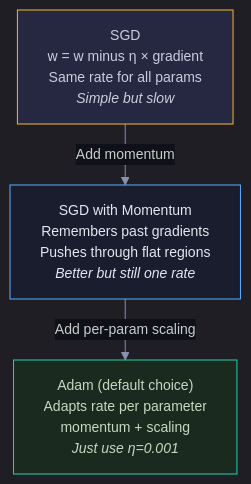
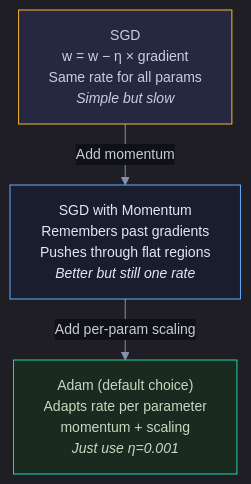
The sixth of 9 diagrams in Documents/Visual_Guides/Deep_Learning/Neural_Networks_Visual.md (snehith1234/StudyCircle), drawn with Mermaid before and after one commit. The commit also changed other lines of this file and 7 other files, not shown here.

Commit message:
Fix minus/neg in Mermaid: use proper − symbol instead of words

````diff
--- a/Documents/Visual_Guides/Deep_Learning/Neural_Networks_Visual.md
+++ b/Documents/Visual_Guides/Deep_Learning/Neural_Networks_Visual.md
@@ -134,11 +134,11 @@
 ```mermaid
 %%{init: {'theme': 'dark', 'themeVariables': {'darkMode': true, 'background': '#0e1117', 'primaryColor': '#1a1d2e', 'primaryTextColor': '#e2e8f0', 'primaryBorderColor': '#2d3148', 'lineColor': '#8892b0', 'secondaryColor': '#252840', 'tertiaryColor': '#1a1d2e', 'fontSize': '14px', 'edgeLabelBackground': '#0e1117'}, 'flowchart': {'nodeSpacing': 30, 'rankSpacing': 40, 'padding': 15, 'htmlLabels': true}}}%%
 graph TD
-    SGD["SGD<br/>w = w minus η × gradient<br/>Same rate for all params<br/><i>Simple but slow</i>"]
+    SGD["SGD<br/>w = w − η × gradient<br/>Same rate for all params<br/><i>Simple but slow</i>"]
     SGD -->|"Add momentum"| SGDM["SGD with Momentum<br/>Remembers past gradients<br/>Pushes through flat regions<br/><i>Better but still one rate</i>"]
     SGDM -->|"Add per-param scaling"| ADAM["Adam (default choice)<br/>Adapts rate per parameter<br/>momentum + scaling<br/><i>Just use η=0.001</i>"]
 
     style SGD fill:#252840,stroke:#f5b731,color:#c8cfe0
     style SGDM fill:#1a1d2e,stroke:#5eaeff,color:#e2e8f0
     style ADAM fill:#1a2a1f,stroke:#22d3a7,color:#c8d8c0
 ```
````
